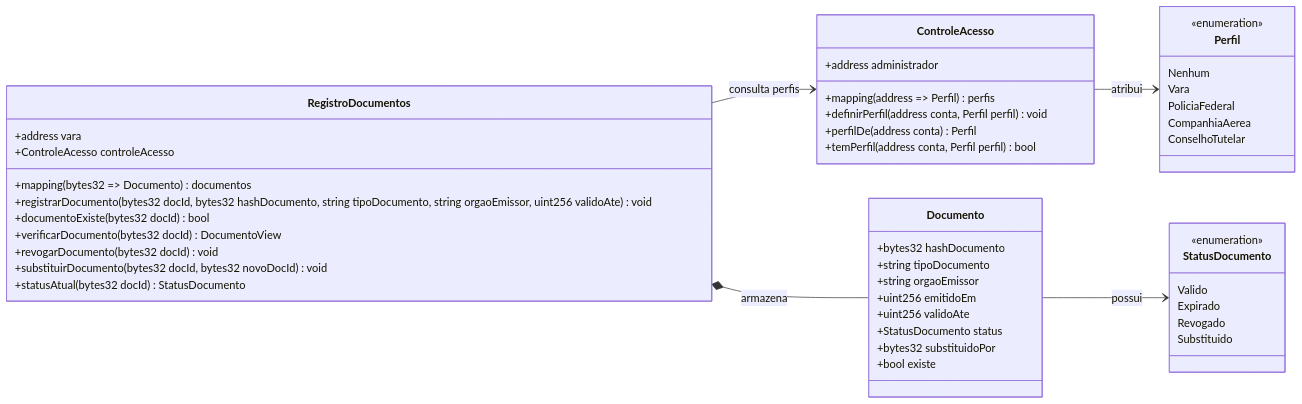
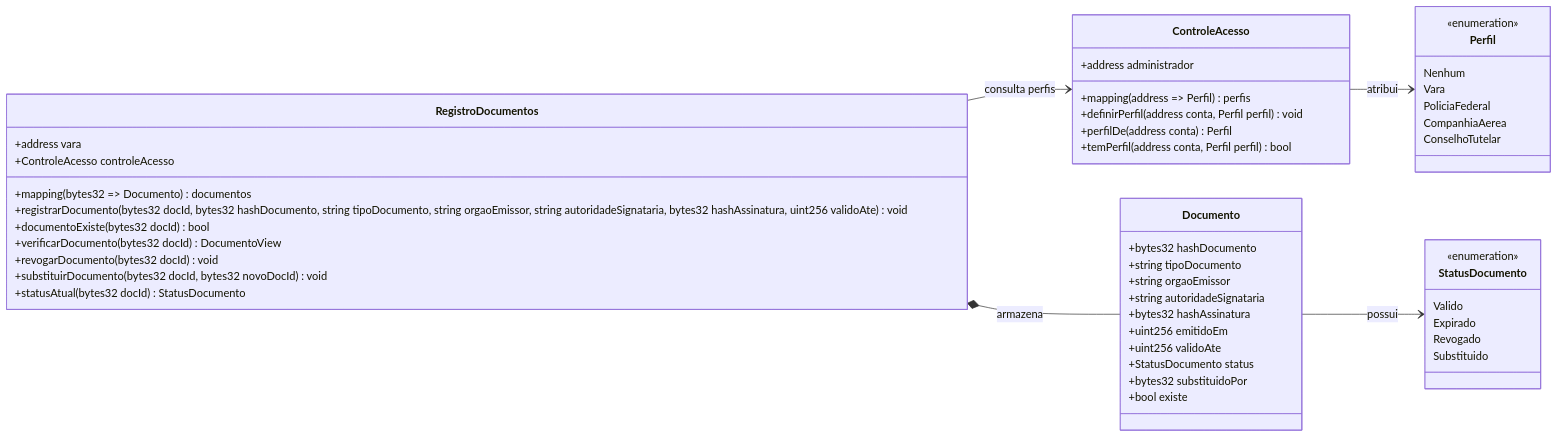
One commit to MarcosAntonio15243/blockchain-lab4-dapp changed the diagram in docs/contratos.md. Above: the diagram before and after it, drawn with Mermaid. The commit also changed 2 other files, not shown here.

Commit message:
Fix Document structure

````diff
--- a/docs/contratos.md
+++ b/docs/contratos.md
@@ -5,57 +5,59 @@
 ```mermaid
 classDiagram
     direction LR
 
     class ControleAcesso {
         +address administrador
         +mapping(address => Perfil) perfis
         +definirPerfil(address conta, Perfil perfil) void
         +perfilDe(address conta) Perfil
         +temPerfil(address conta, Perfil perfil) bool
     }
 
     class RegistroDocumentos {
         +address vara
         +ControleAcesso controleAcesso
         +mapping(bytes32 => Documento) documentos
-        +registrarDocumento(bytes32 docId, bytes32 hashDocumento, string tipoDocumento, string orgaoEmissor, uint256 validoAte) void
+        +registrarDocumento(bytes32 docId, bytes32 hashDocumento, string tipoDocumento, string orgaoEmissor, string autoridadeSignataria, bytes32 hashAssinatura, uint256 validoAte) void
         +documentoExiste(bytes32 docId) bool
         +verificarDocumento(bytes32 docId) DocumentoView
         +revogarDocumento(bytes32 docId) void
         +substituirDocumento(bytes32 docId, bytes32 novoDocId) void
         +statusAtual(bytes32 docId) StatusDocumento
     }
 
     class Documento {
         +bytes32 hashDocumento
         +string tipoDocumento
         +string orgaoEmissor
+        +string autoridadeSignataria
+        +bytes32 hashAssinatura
         +uint256 emitidoEm
         +uint256 validoAte
         +StatusDocumento status
         +bytes32 substituidoPor
         +bool existe
     }
 
     class StatusDocumento {
         <<enumeration>>
         Valido
         Expirado
         Revogado
         Substituido
     }
 
     class Perfil {
         <<enumeration>>
         Nenhum
         Vara
         PoliciaFederal
         CompanhiaAerea
         ConselhoTutelar
     }
 
     RegistroDocumentos --> ControleAcesso : consulta perfis
     RegistroDocumentos *-- Documento : armazena
     Documento --> StatusDocumento : possui
     ControleAcesso --> Perfil : atribui
 ```
````
